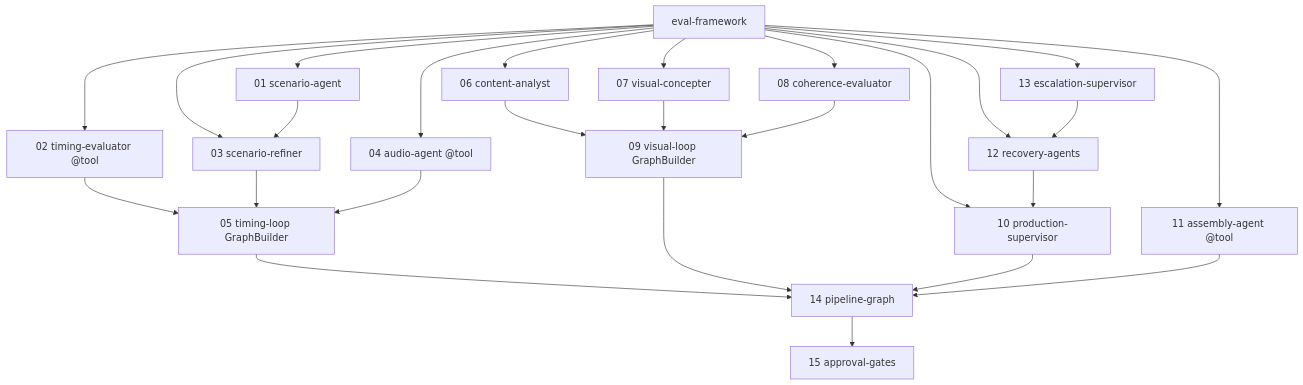
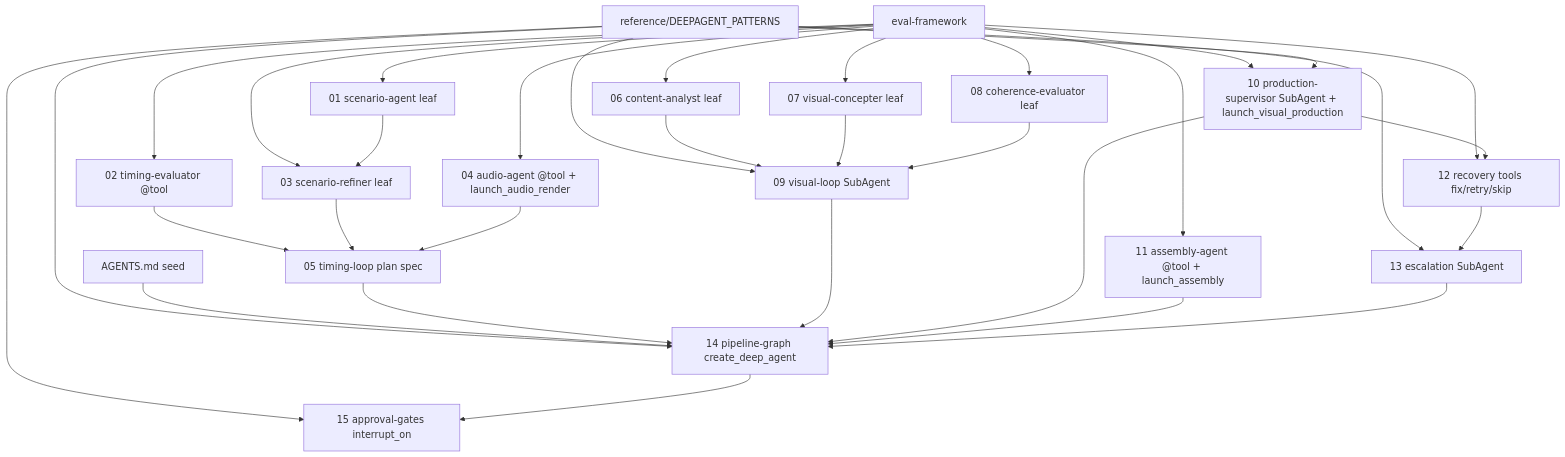
The diagram in docs/strands-migration/SEQUENCE.md (OrpingtonClose/economy-documentary), drawn with Mermaid before and after one commit. The commit also changed other lines of this file and 14 other files, not shown here.

First line of the commit message:
refactor(docs): deepagent orchestration architecture

````diff
--- a/docs/strands-migration/SEQUENCE.md
+++ b/docs/strands-migration/SEQUENCE.md
@@ -11,49 +19,63 @@
 ```mermaid
 graph TD
     EF[eval-framework]
-    C01[01 scenario-agent]
+    DP[reference/DEEPAGENT_PATTERNS]
+    AGM[AGENTS.md seed]
+
+    C01[01 scenario-agent leaf]
     C02[02 timing-evaluator @tool]
-    C03[03 scenario-refiner]
-    C04[04 audio-agent @tool]
-    C05[05 timing-loop GraphBuilder]
-    C06[06 content-analyst]
-    C07[07 visual-concepter]
-    C08[08 coherence-evaluator]
-    C09[09 visual-loop GraphBuilder]
-    C10[10 production-supervisor]
-    C11[11 assembly-agent @tool]
-    C12[12 recovery-agents]
-    C13[13 escalation-supervisor]
-    C14[14 pipeline-graph]
-    C15[15 approval-gates]
+    C03[03 scenario-refiner leaf]
+    C04[04 audio-agent @tool + launch_audio_render]
+    C06[06 content-analyst leaf]
+    C07[07 visual-concepter leaf]
+    C08[08 coherence-evaluator leaf]
+    C10[10 production-supervisor SubAgent + launch_visual_production]
+    C11[11 assembly-agent @tool + launch_assembly]
+    C12[12 recovery tools fix/retry/skip]
+
+    C05[05 timing-loop plan spec]
+    C09[09 visual-loop SubAgent]
+    C13[13 escalation SubAgent]
+
+    C14[14 pipeline-graph create_deep_agent]
+    C15[15 approval-gates interrupt_on]
 
     EF --> C01
     EF --> C02
     EF --> C03
     EF --> C04
     EF --> C06
     EF --> C07
     EF --> C08
     EF --> C10
     EF --> C11
     EF --> C12
-    EF --> C13
+
+    DP --> C09
+    DP --> C10
+    DP --> C13
+    DP --> C14
+    DP --> C15
+
+    AGM --> C14
 
     C01 --> C03
     C02 --> C05
     C03 --> C05
     C04 --> C05
 
     C06 --> C09
     C07 --> C09
     C08 --> C09
 
+    C10 --> C12
+    C12 --> C13
+
     C05 --> C14
     C09 --> C14
     C10 --> C14
     C11 --> C14
-    C12 --> C10
-    C13 --> C12
+    C13 --> C14
 
     C14 --> C15
 ```
````
